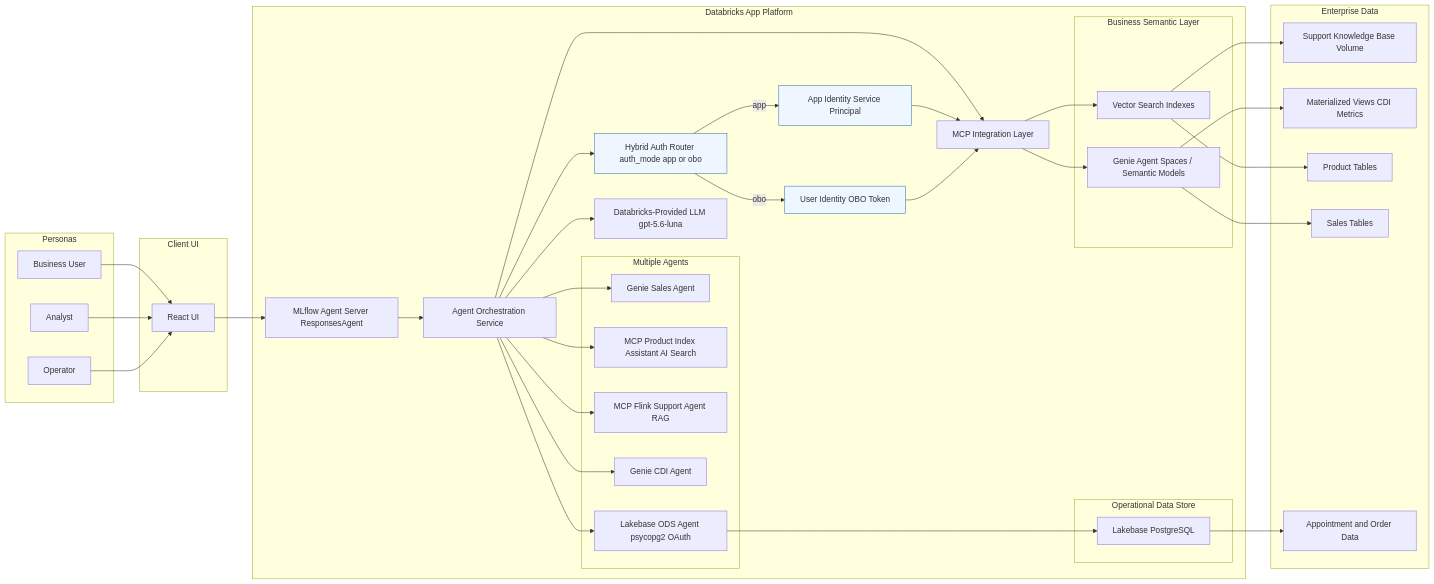
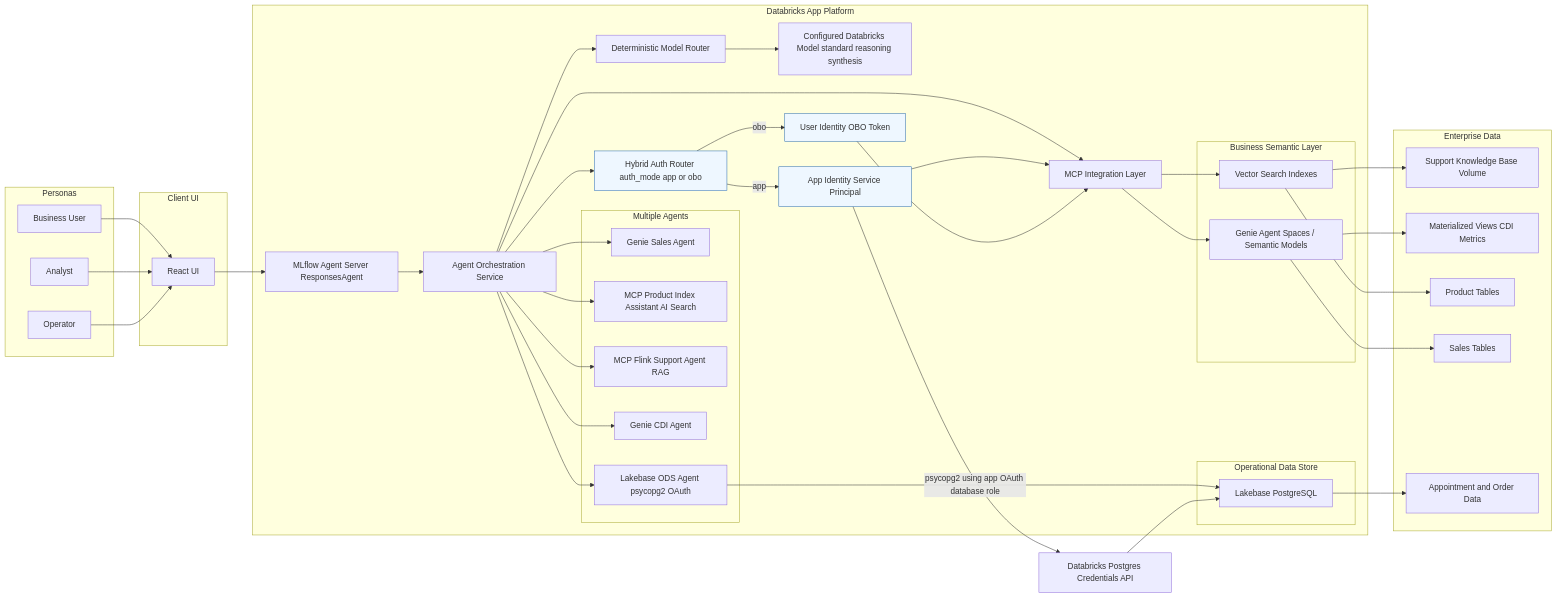
Before and after one commit to wchen-dea/Governed-Multi-Agent-Intelligence-on-Databricks: the first of 2 diagrams in docs/architecture/high-level-architecture.md, drawn with Mermaid. The commit also changed other lines of this file and 4 other files, not shown here.

````diff
--- a/docs/architecture/high-level-architecture.md
+++ b/docs/architecture/high-level-architecture.md
@@ -70,80 +70,82 @@
 ```mermaid
 flowchart LR
     subgraph Personas[Personas]
         P1[Business User]
         P2[Analyst]
         P3[Operator]
     end
 
     subgraph Client[Client UI]
         UI[React UI]
     end
 
     subgraph Platform[Databricks App Platform]
         AS[MLflow Agent Server ResponsesAgent]
         ORCH[Agent Orchestration Service]
+        MR[Deterministic Model Router]
         AUTH[Hybrid Auth Router auth_mode app or obo]
         MCP[MCP Integration Layer]
-        LLM[Databricks-Provided LLM gpt-5.6-luna]
+        LLM[Configured Databricks Model standard reasoning synthesis]
 
         APPID[App Identity Service Principal]
         OBOID[User Identity OBO Token]
 
         subgraph Agents[Multiple Agents]
             A1[Genie Sales Agent]
             A2[MCP Product Index Assistant AI Search]
             A3[MCP Flink Support Agent RAG]
             A4[Genie CDI Agent]
             A5[Lakebase ODS Agent psycopg2 OAuth]
         end
 
         subgraph Semantic[Business Semantic Layer]
             BSL[Genie Agent Spaces / Semantic Models]
             VS[Vector Search Indexes]
         end
 
         subgraph ODS[Operational Data Store]
             LB[Lakebase PostgreSQL]
         end
     end
 
     subgraph Data[Enterprise Data]
         KB[Support Knowledge Base Volume]
         MV[Materialized Views CDI Metrics]
         PT[Product Tables]
         ST[Sales Tables]
         OD[Appointment and Order Data]
     end
 
     P1 --> UI
     P2 --> UI
     P3 --> UI
 
     UI --> AS
     AS --> ORCH
+    ORCH --> MR --> LLM
     ORCH --> AUTH
     AUTH -->|app| APPID
     AUTH -->|obo| OBOID
     ORCH --> A1
     ORCH --> A2
     ORCH --> A3
     ORCH --> A4
     ORCH --> A5
 
-    ORCH --> LLM
-
     ORCH --> MCP
     APPID --> MCP
     OBOID --> MCP
     MCP --> BSL
     MCP --> VS
-    A5 --> LB
+    A5 -->|psycopg2 using app OAuth database role| LB
+    APPID --> PGCRED[Databricks Postgres Credentials API]
+    PGCRED --> LB
     BSL --> ST
     BSL --> MV
     VS --> PT
     VS --> KB
     LB --> OD
 
     classDef auth fill:#eef7ff,stroke:#2b6cb0,stroke-width:1px;
     class AUTH,APPID,OBOID auth;
 ```
````
